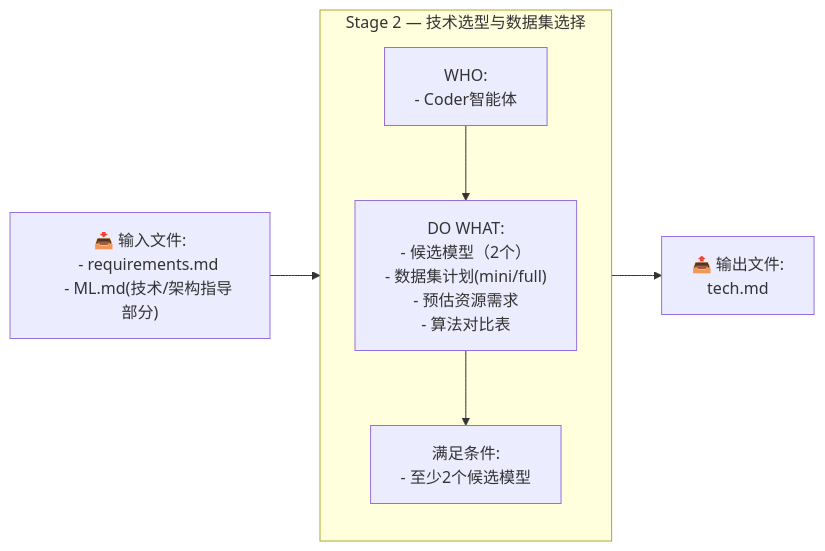
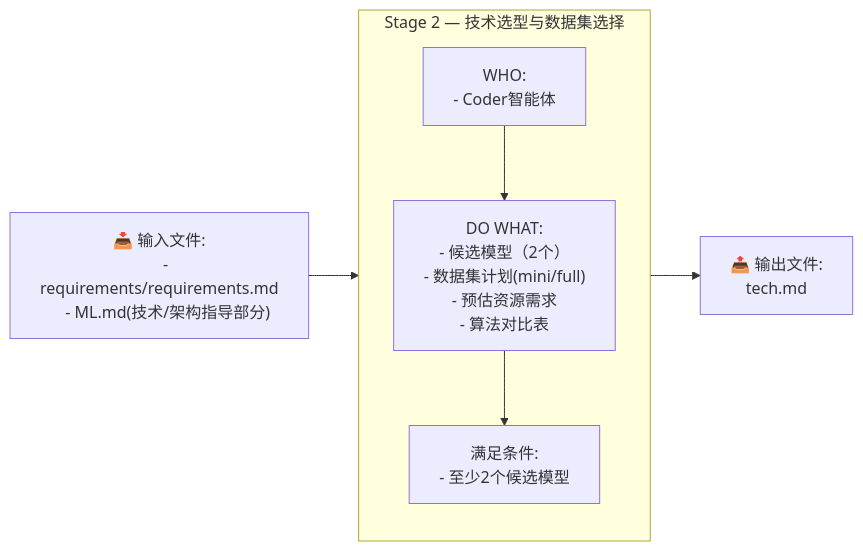
The third of 16 diagrams in README.md (ouyangshixiong/context-engineering-zh), drawn with Mermaid before and after one commit. The commit also changed other lines of this file and 21 other files, not shown here.

````diff
--- a/README.md
+++ b/README.md
@@ -167,30 +175,30 @@
 ```mermaid
 flowchart LR
     %% ================= Stage 2 =================
     I2["📥 输入文件:
-    - requirements.md
+    - requirements/requirements.md
     - ML.md(技术/架构指导部分)"]
 
     O2["📤 输出文件:
     tech.md"]
 
     subgraph S2["Stage 2 — 技术选型与数据集选择"]
         direction TB
         W2["WHO:
         - Coder智能体"]
 
         A2["DO WHAT:
         - 候选模型（2个）
         - 数据集计划(mini/full)
         - 预估资源需求
         - 算法对比表"]
 
         V2["满足条件:
         - 至少2个候选模型
         "]
         
         W2 --> A2 --> V2
     end
 
     I2 --> S2 --> O2
 ```
````
